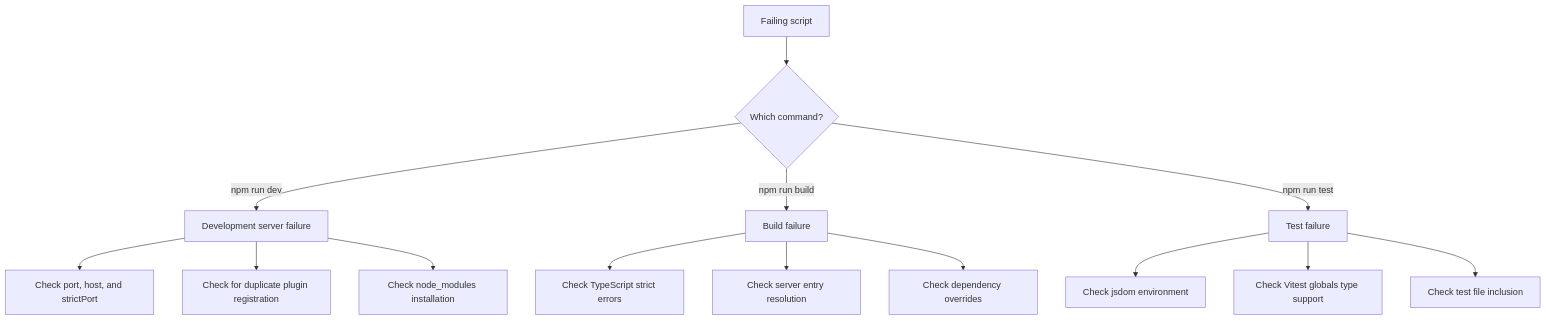
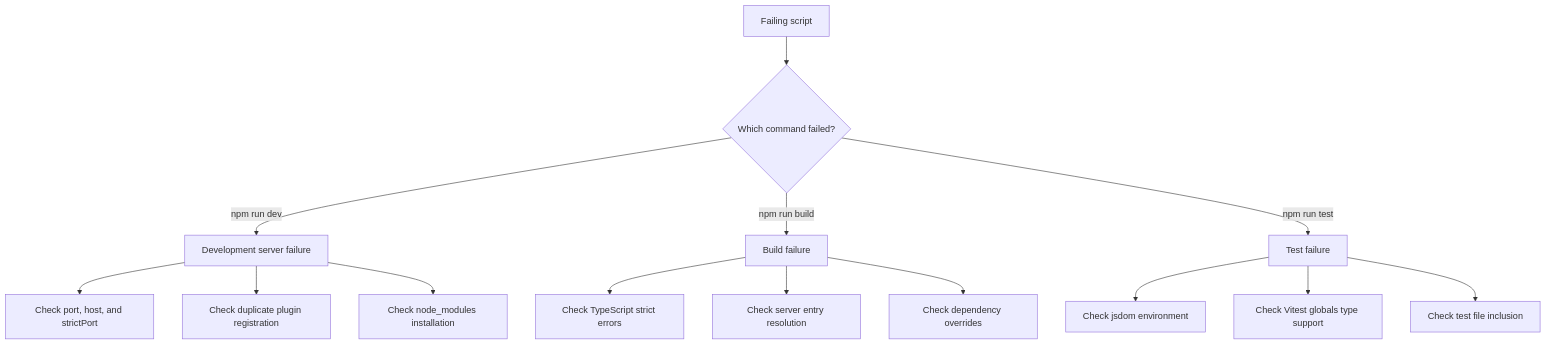
Before and after one commit to Mohita111/API2: the first of 2 diagrams in dromeas/docs/api2-documentation/plan_2026-11-12_209684/internal-docs/troubleshooting-and-debugging.md, drawn with Mermaid. The commit also changed other lines of this file and 15 other files, not shown here.

````diff
--- a/dromeas/docs/api2-documentation/plan_2026-11-12_209684/internal-docs/troubleshooting-and-debugging.md
+++ b/dromeas/docs/api2-documentation/plan_2026-11-12_209684/internal-docs/troubleshooting-and-debugging.md
@@ -26,16 +28,16 @@
 ```mermaid
-flowchart TD
-    A[Failing script] --> B{"Which command?"}
+graph TD
+    A[Failing script] --> B{"Which command failed?"}
     B -->|npm run dev| C[Development server failure]
     B -->|npm run build| D[Build failure]
     B -->|npm run test| E[Test failure]
     C --> C1["Check port, host, and strictPort"]
-    C --> C2[Check for duplicate plugin registration]
+    C --> C2[Check duplicate plugin registration]
     C --> C3[Check node_modules installation]
     D --> D1[Check TypeScript strict errors]
     D --> D2[Check server entry resolution]
     D --> D3[Check dependency overrides]
     E --> E1[Check jsdom environment]
     E --> E2[Check Vitest globals type support]
     E --> E3[Check test file inclusion]
 ```
````
